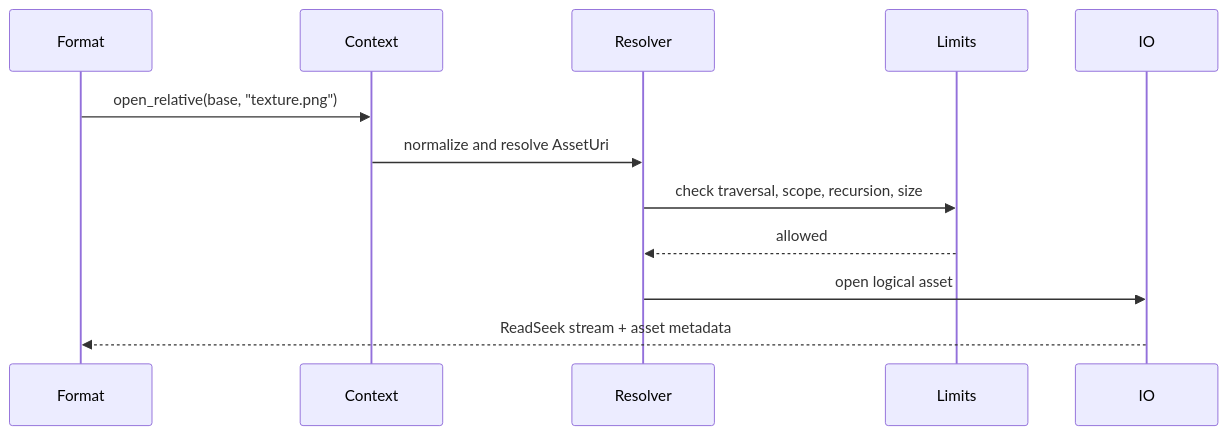
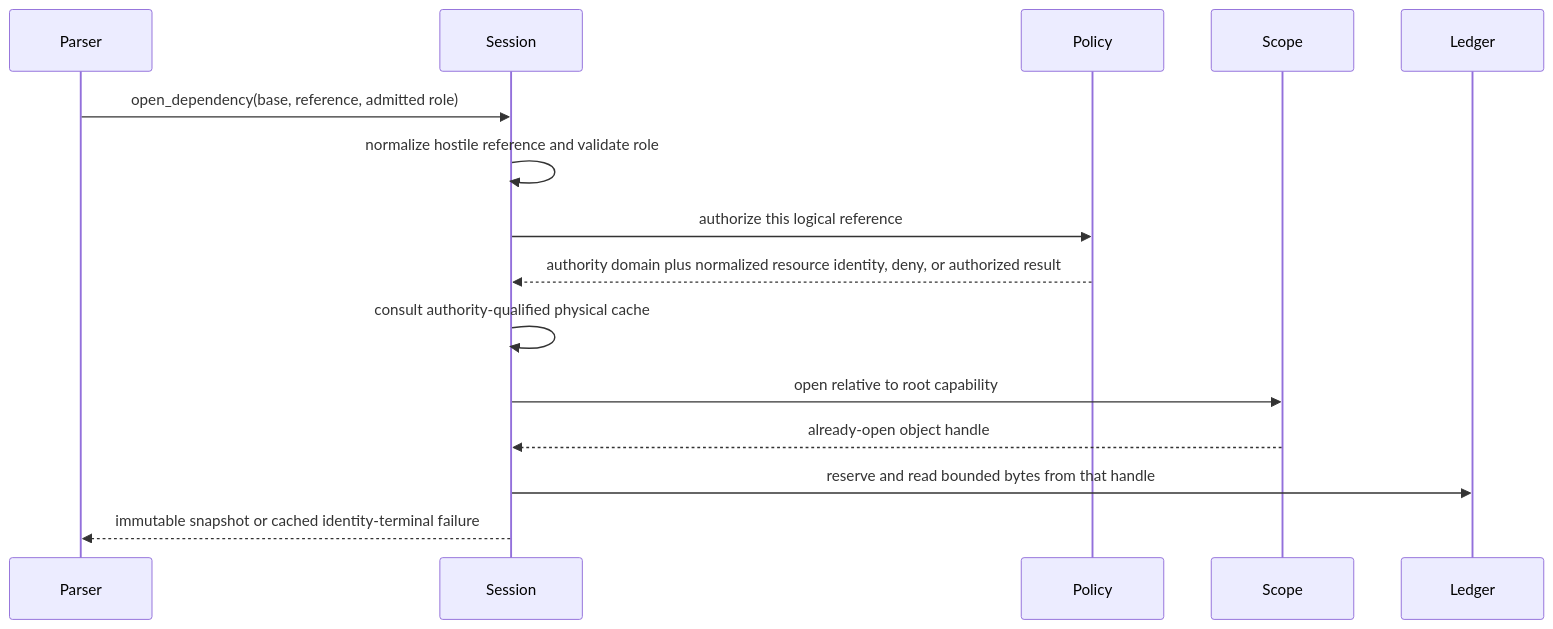
One commit to Latias94/baozi changed the second of 3 diagrams in docs/adr/0010-asset-io-virtual-filesystem-uri-archive-and-path-security.md. Above: the diagram before and after it, drawn with Mermaid. The commit also changed other lines of this file and 978 other files, not shown here.

````diff
--- a/docs/adr/0010-asset-io-virtual-filesystem-uri-archive-and-path-security.md
+++ b/docs/adr/0010-asset-io-virtual-filesystem-uri-archive-and-path-security.md
@@ -65,15 +138,18 @@
 ```mermaid
 sequenceDiagram
-    participant Format
-    participant Context
-    participant Resolver
-    participant Limits
-    participant IO
+    participant Parser
+    participant Session
+    participant Policy
+    participant Scope
+    participant Ledger
 
-    Format->>Context: open_relative(base, "texture.png")
-    Context->>Resolver: normalize and resolve AssetUri
-    Resolver->>Limits: check traversal, scope, recursion, size
-    Limits-->>Resolver: allowed
-    Resolver->>IO: open logical asset
-    IO-->>Format: ReadSeek stream + asset metadata
+    Parser->>Session: open_dependency(base, reference, admitted role)
+    Session->>Session: normalize hostile reference and validate role
+    Session->>Policy: authorize this logical reference
+    Policy-->>Session: authority domain plus normalized resource identity, deny, or authorized result
+    Session->>Session: consult authority-qualified physical cache
+    Session->>Scope: open relative to root capability
+    Scope-->>Session: already-open object handle
+    Session->>Ledger: reserve and read bounded bytes from that handle
+    Session-->>Parser: immutable snapshot or cached identity-terminal failure
 ```
````
